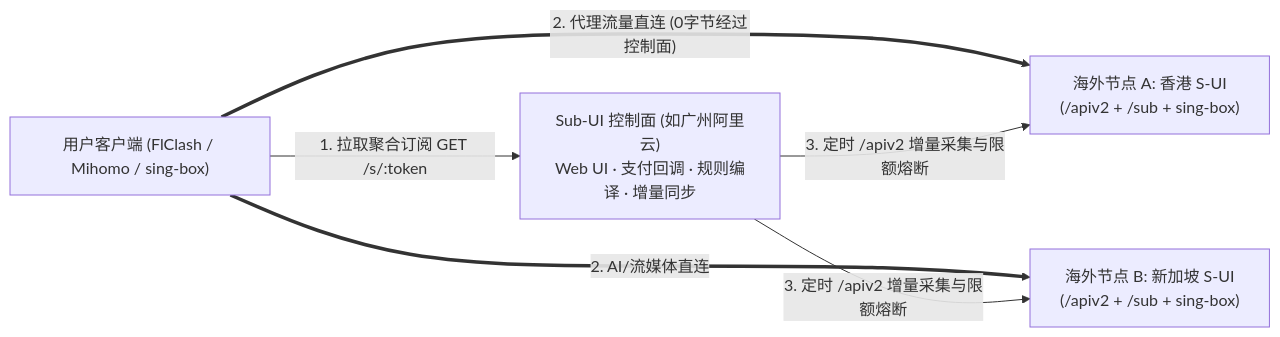
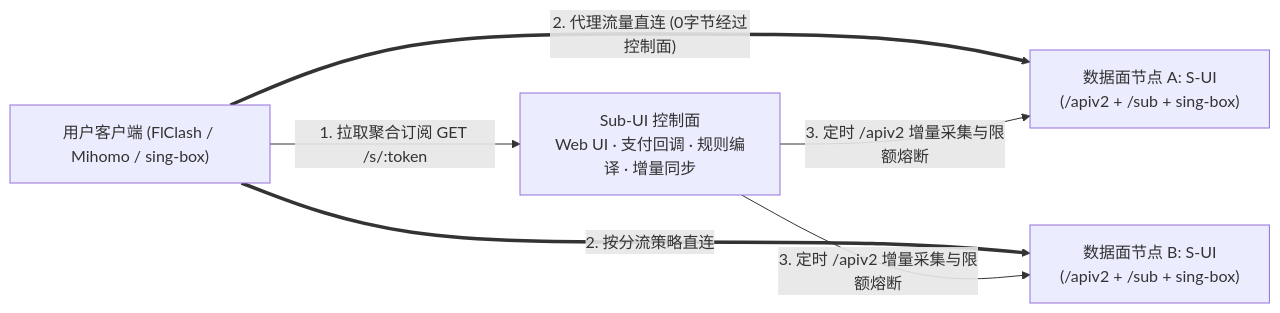
Before and after one commit to TakotsuboChen/sub-ui: the diagram in README.md, drawn with Mermaid. The commit also changed other lines of this file and 2 other files, not shown here.

````diff
--- a/README.md
+++ b/README.md
@@ -30,13 +30,13 @@
 ```mermaid
 flowchart LR
     UserClient["用户客户端 (FlClash / Mihomo / sing-box)"]
-    ControlPlane["Sub-UI 控制面 (如广州阿里云)\nWeb UI · 支付回调 · 规则编译 · 增量同步"]
-    HKNode["海外节点 A: 香港 S-UI\n(/apiv2 + /sub + sing-box)"]
-    SGNode["海外节点 B: 新加坡 S-UI\n(/apiv2 + /sub + sing-box)"]
+    ControlPlane["Sub-UI 控制面\nWeb UI · 支付回调 · 规则编译 · 增量同步"]
+    NodeA["数据面节点 A: S-UI\n(/apiv2 + /sub + sing-box)"]
+    NodeB["数据面节点 B: S-UI\n(/apiv2 + /sub + sing-box)"]
 
     UserClient -- "1. 拉取聚合订阅 GET /s/:token" --> ControlPlane
-    UserClient == "2. 代理流量直连 (0字节经过控制面)" ==> HKNode
-    UserClient == "2. AI/流媒体直连" ==> SGNode
-    ControlPlane -- "3. 定时 /apiv2 增量采集与限额熔断" --> HKNode
-    ControlPlane -- "3. 定时 /apiv2 增量采集与限额熔断" --> SGNode
+    UserClient == "2. 代理流量直连 (0字节经过控制面)" ==> NodeA
+    UserClient == "2. 按分流策略直连" ==> NodeB
+    ControlPlane -- "3. 定时 /apiv2 增量采集与限额熔断" --> NodeA
+    ControlPlane -- "3. 定时 /apiv2 增量采集与限额熔断" --> NodeB
 ```
````
